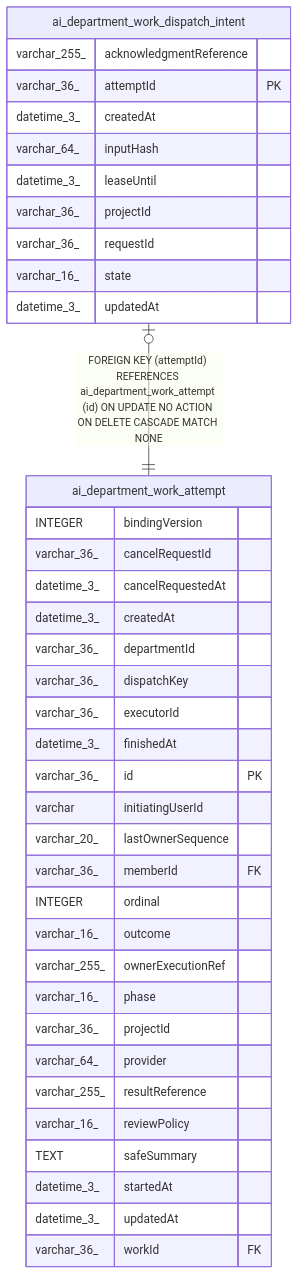
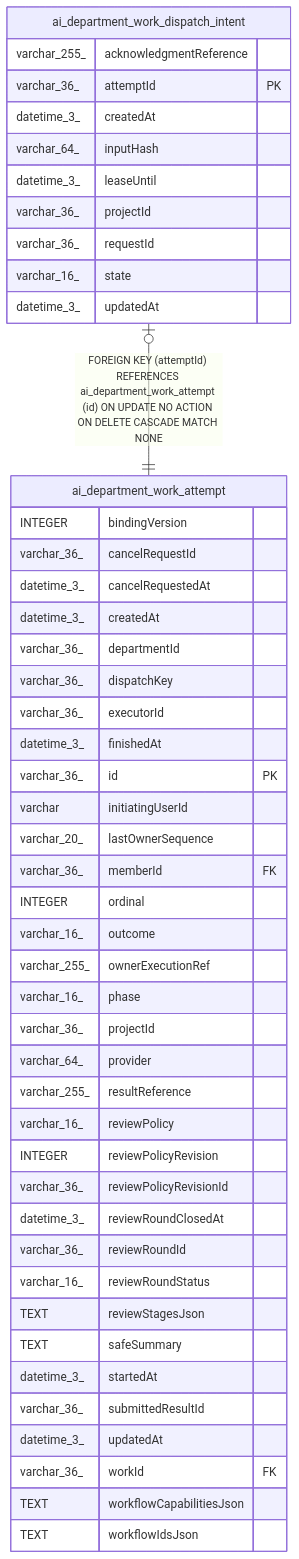
One commit to haison1234/Nexora changed the diagram in docs/generated/sqlite-schema/ai_department_work_dispatch_intent.md. Above: the diagram before and after it, drawn with Mermaid. The commit also changed 524 other files, not shown here.

````diff
--- a/docs/generated/sqlite-schema/ai_department_work_dispatch_intent.md
+++ b/docs/generated/sqlite-schema/ai_department_work_dispatch_intent.md
@@ -44,43 +44,52 @@
 ```mermaid
 erDiagram
 
 "ai_department_work_dispatch_intent" |o--|| "ai_department_work_attempt" : "FOREIGN KEY (attemptId) REFERENCES ai_department_work_attempt (id) ON UPDATE NO ACTION ON DELETE CASCADE MATCH NONE"
 
 "ai_department_work_dispatch_intent" {
   varchar_255_ acknowledgmentReference
   varchar_36_ attemptId PK
   datetime_3_ createdAt
   varchar_64_ inputHash
   datetime_3_ leaseUntil
   varchar_36_ projectId
   varchar_36_ requestId
   varchar_16_ state
   datetime_3_ updatedAt
 }
 "ai_department_work_attempt" {
   INTEGER bindingVersion
   varchar_36_ cancelRequestId
   datetime_3_ cancelRequestedAt
   datetime_3_ createdAt
   varchar_36_ departmentId
   varchar_36_ dispatchKey
   varchar_36_ executorId
   datetime_3_ finishedAt
   varchar_36_ id PK
   varchar initiatingUserId
   varchar_20_ lastOwnerSequence
   varchar_36_ memberId FK
   INTEGER ordinal
   varchar_16_ outcome
   varchar_255_ ownerExecutionRef
   varchar_16_ phase
   varchar_36_ projectId
   varchar_64_ provider
   varchar_255_ resultReference
   varchar_16_ reviewPolicy
+  INTEGER reviewPolicyRevision
+  varchar_36_ reviewPolicyRevisionId
+  datetime_3_ reviewRoundClosedAt
+  varchar_36_ reviewRoundId
+  varchar_16_ reviewRoundStatus
+  TEXT reviewStagesJson
   TEXT safeSummary
   datetime_3_ startedAt
+  varchar_36_ submittedResultId
   datetime_3_ updatedAt
   varchar_36_ workId FK
+  TEXT workflowCapabilitiesJson
+  TEXT workflowIdsJson
 }
 ```
````
